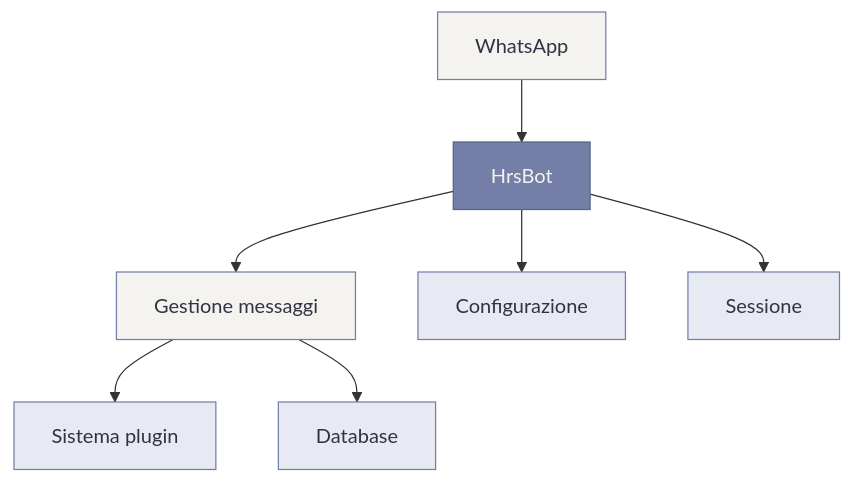
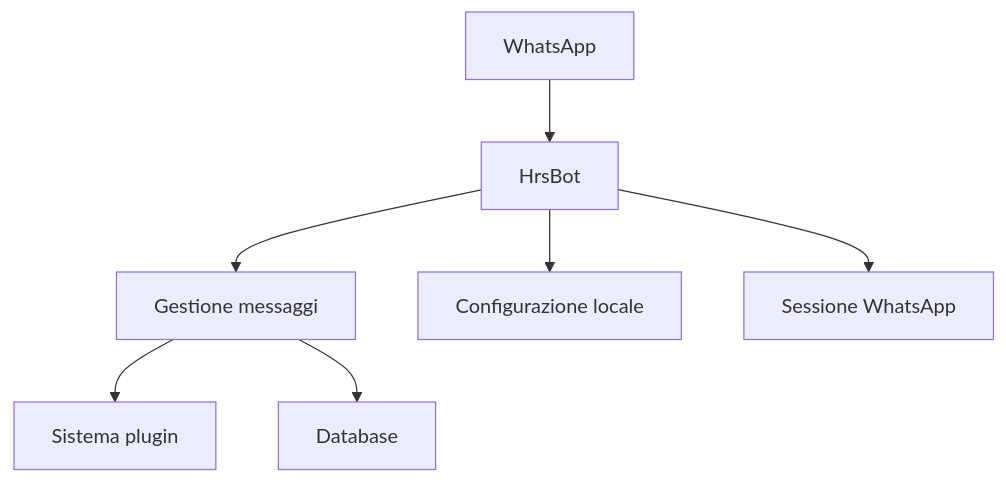
One commit to invulnerabile/hrsbot changed the diagram in README.md. Above: the diagram before and after it, drawn with Mermaid. The commit also changed other lines of this file, not shown here.

````diff
--- a/README.md
+++ b/README.md
@@ -154,17 +145,9 @@
 ```mermaid
 flowchart TD
-    A["WhatsApp"] --> B["HrsBot"]
-    B --> C["Gestione messaggi"]
-    C --> D["Sistema plugin"]
-    B --> E["Configurazione"]
-    B --> F["Sessione"]
-    C --> G["Database"]
-
-    style A fill:#F4F3F0,stroke:#747FA8,color:#303342
-    style B fill:#747FA8,stroke:#596487,color:#F4F3F0
-    style C fill:#F4F3F0,stroke:#747FA8,color:#303342
-    style D fill:#E8EAF3,stroke:#747FA8,color:#303342
-    style E fill:#E8EAF3,stroke:#747FA8,color:#303342
-    style F fill:#E8EAF3,stroke:#747FA8,color:#303342
-    style G fill:#E8EAF3,stroke:#747FA8,color:#303342
+    WA["WhatsApp"] --> BOT["HrsBot"]
+    BOT --> MSG["Gestione messaggi"]
+    MSG --> PLUGINS["Sistema plugin"]
+    BOT --> CONFIG["Configurazione locale"]
+    BOT --> SESSION["Sessione WhatsApp"]
+    MSG --> DB["Database"]
 ```
````
